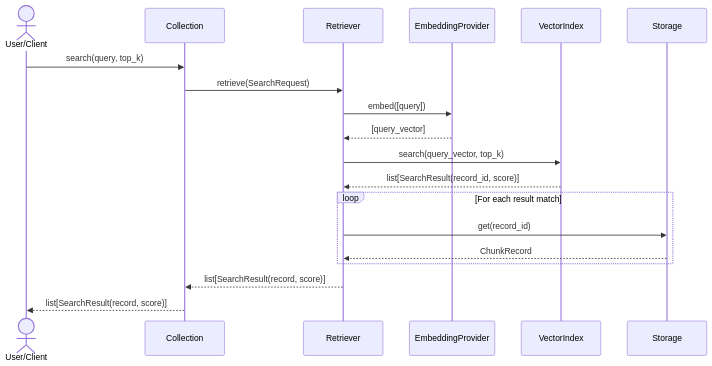
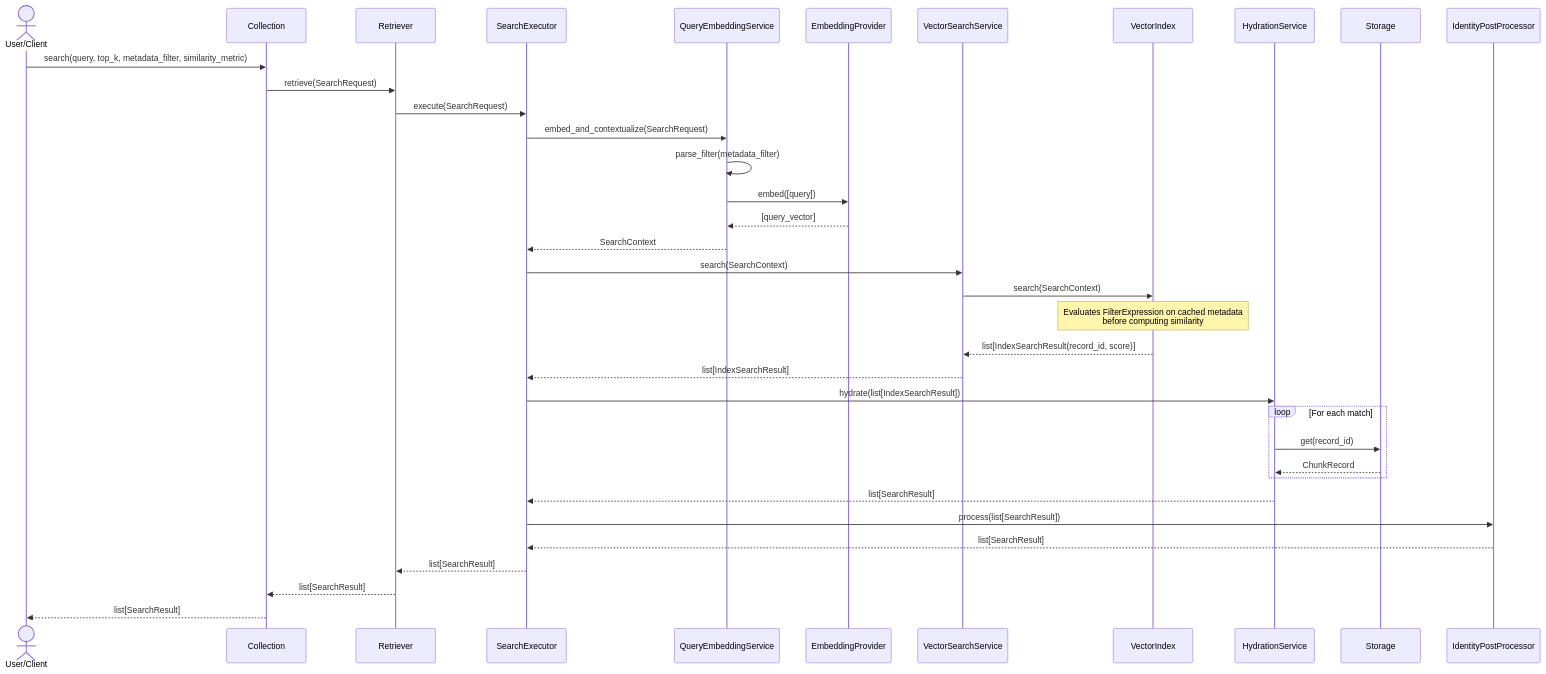
One commit to harshoza111/ZionDB changed the fourth of 5 diagrams in docs/architecture.md. Above: the diagram before and after it, drawn with Mermaid. The commit also changed other lines of this file and 22 other files, not shown here.

Commit message:
Refactor retrieval pipeline into explicit modular services and SearchExecutor abstraction

````diff
--- a/docs/architecture.md
+++ b/docs/architecture.md
@@ -103,16 +109,33 @@
 ```mermaid
 sequenceDiagram
     actor Client as User/Client
-    Client->>Collection: search(query, top_k)
+    Client->>Collection: search(query, top_k, metadata_filter, similarity_metric)
     Collection->>Retriever: retrieve(SearchRequest)
-    Retriever->>EmbeddingProvider: embed([query])
-    EmbeddingProvider-->>Retriever: [query_vector]
-    Retriever->>VectorIndex: search(query_vector, top_k)
-    VectorIndex-->>Retriever: list[SearchResult(record_id, score)]
-    loop For each result match
-        Retriever->>Storage: get(record_id)
-        Storage-->>Retriever: ChunkRecord
+    Retriever->>SearchExecutor: execute(SearchRequest)
+    
+    SearchExecutor->>QueryEmbeddingService: embed_and_contextualize(SearchRequest)
+    QueryEmbeddingService->>QueryEmbeddingService: parse_filter(metadata_filter)
+    QueryEmbeddingService->>EmbeddingProvider: embed([query])
+    EmbeddingProvider-->>QueryEmbeddingService: [query_vector]
+    QueryEmbeddingService-->>SearchExecutor: SearchContext
+    
+    SearchExecutor->>VectorSearchService: search(SearchContext)
+    VectorSearchService->>VectorIndex: search(SearchContext)
+    Note over VectorIndex: Evaluates FilterExpression on cached metadata<br/>before computing similarity
+    VectorIndex-->>VectorSearchService: list[IndexSearchResult(record_id, score)]
+    VectorSearchService-->>SearchExecutor: list[IndexSearchResult]
+    
+    SearchExecutor->>HydrationService: hydrate(list[IndexSearchResult])
+    loop For each match
+        HydrationService->>Storage: get(record_id)
+        Storage-->>HydrationService: ChunkRecord
     end
-    Retriever-->>Collection: list[SearchResult(record, score)]
-    Collection-->>Client: list[SearchResult(record, score)]
+    HydrationService-->>SearchExecutor: list[SearchResult]
+    
+    SearchExecutor->>IdentityPostProcessor: process(list[SearchResult])
+    IdentityPostProcessor-->>SearchExecutor: list[SearchResult]
+    
+    SearchExecutor-->>Retriever: list[SearchResult]
+    Retriever-->>Collection: list[SearchResult]
+    Collection-->>Client: list[SearchResult]
 ```
````
